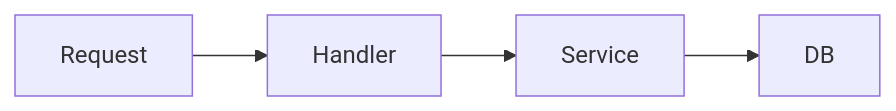
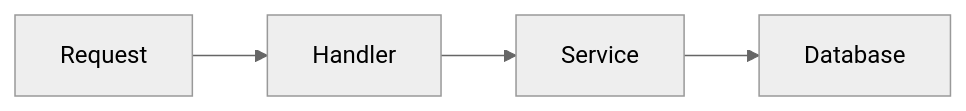
One commit to girijashankarj/cursor-handbook changed the first of 5 diagrams in docs/reference/mermaid-theme.md. Above: the diagram before and after it, drawn with Mermaid. The commit also changed other lines of this file and 189 other files, not shown here.

````diff
--- a/docs/reference/mermaid-theme.md
+++ b/docs/reference/mermaid-theme.md
@@ -7,6 +9,7 @@
 ```mermaid
+%%{init: {'theme': 'neutral'}}%%
 flowchart LR
-  A[Request] --> B[Handler]
-  B --> C[Service]
-  C --> D[DB]
+    A[Request] --> B[Handler]
+    B --> C[Service]
+    C --> D[Database]
 ```
````
